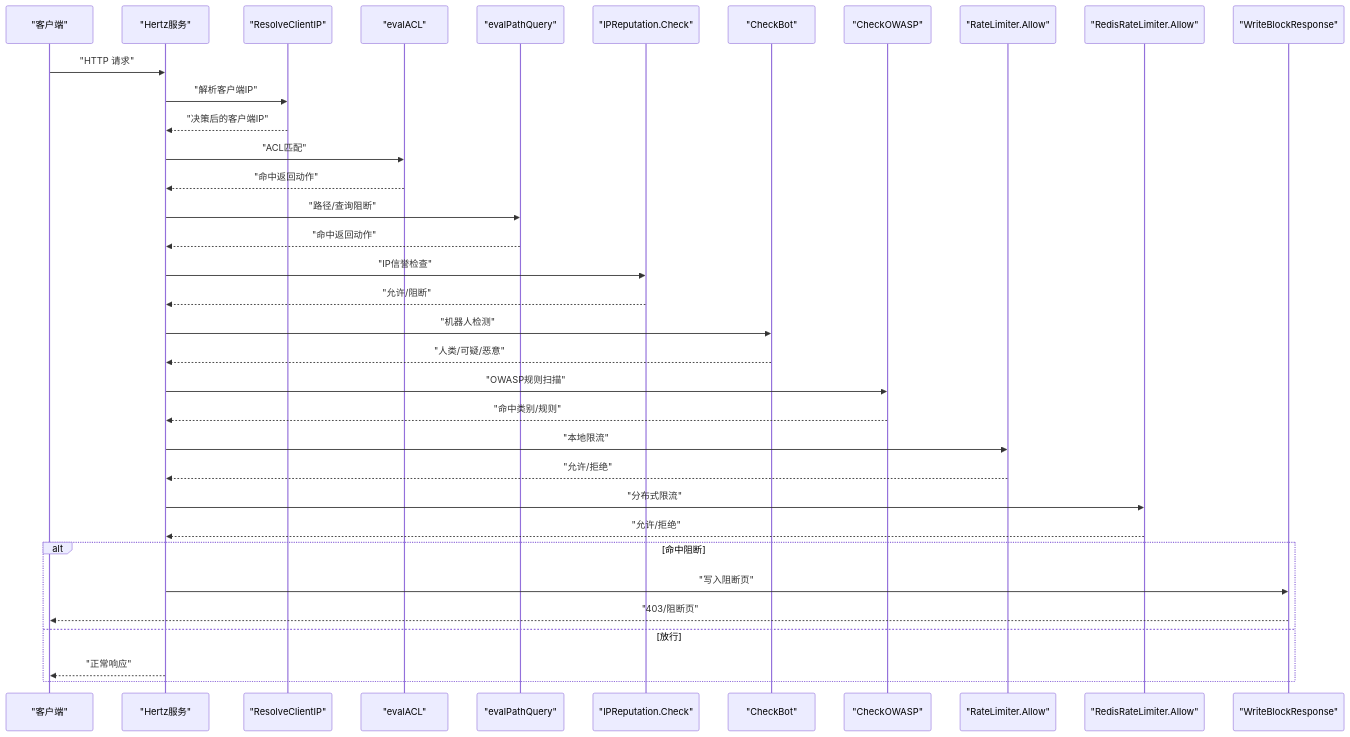
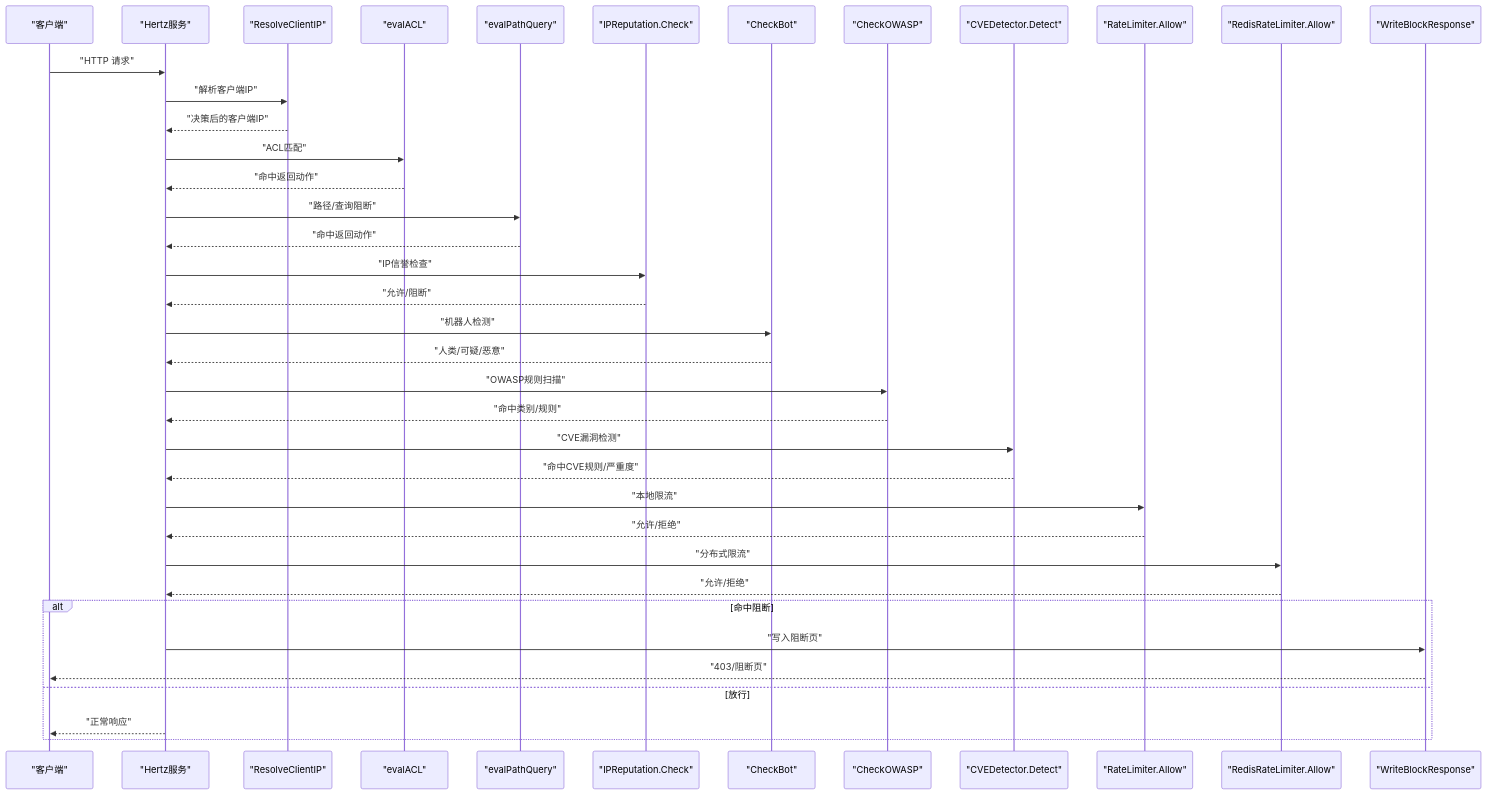
Before and after one commit to x01n/My-OpenWaf: the second of 10 diagrams in docs/安全防护功能/安全防护功能.md, drawn with Mermaid. The commit also changed other lines of this file and 51 other files, not shown here.

````diff
--- a/docs/安全防护功能/安全防护功能.md
+++ b/docs/安全防护功能/安全防护功能.md
@@ -125,37 +153,40 @@
 ```mermaid
 sequenceDiagram
 participant C as "客户端"
 participant H as "Hertz服务"
 participant IP as "ResolveClientIP"
 participant ACL as "evalACL"
 participant PQ as "evalPathQuery"
 participant REP as "IPReputation.Check"
 participant BOT as "CheckBot"
 participant OW as "CheckOWASP"
+participant CVE as "CVEDetector.Detect"
 participant RL as "RateLimiter.Allow"
 participant RLR as "RedisRateLimiter.Allow"
 participant BLK as "WriteBlockResponse"
 C->>H : "HTTP 请求"
 H->>IP : "解析客户端IP"
 IP-->>H : "决策后的客户端IP"
 H->>ACL : "ACL匹配"
 ACL-->>H : "命中返回动作"
 H->>PQ : "路径/查询阻断"
 PQ-->>H : "命中返回动作"
 H->>REP : "IP信誉检查"
 REP-->>H : "允许/阻断"
 H->>BOT : "机器人检测"
 BOT-->>H : "人类/可疑/恶意"
 H->>OW : "OWASP规则扫描"
 OW-->>H : "命中类别/规则"
+H->>CVE : "CVE漏洞检测"
+CVE-->>H : "命中CVE规则/严重度"
 H->>RL : "本地限流"
 RL-->>H : "允许/拒绝"
 H->>RLR : "分布式限流"
 RLR-->>H : "允许/拒绝"
 alt 命中阻断
 H->>BLK : "写入阻断页"
 BLK-->>C : "403/阻断页"
 else 放行
 H-->>C : "正常响应"
 end
 ```
````
